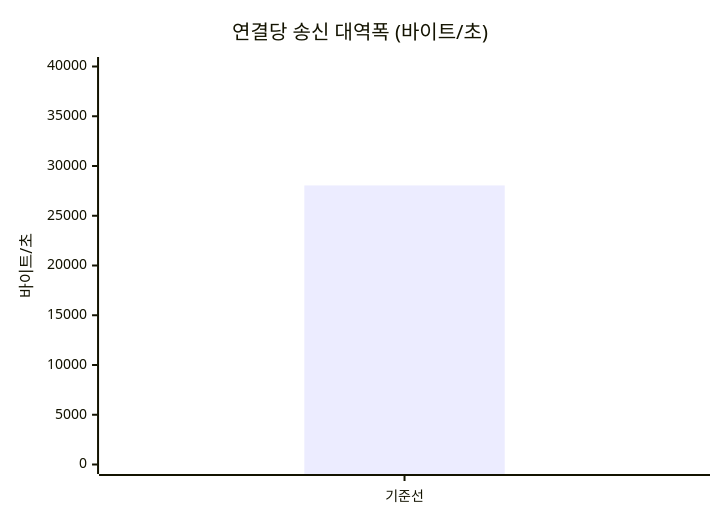
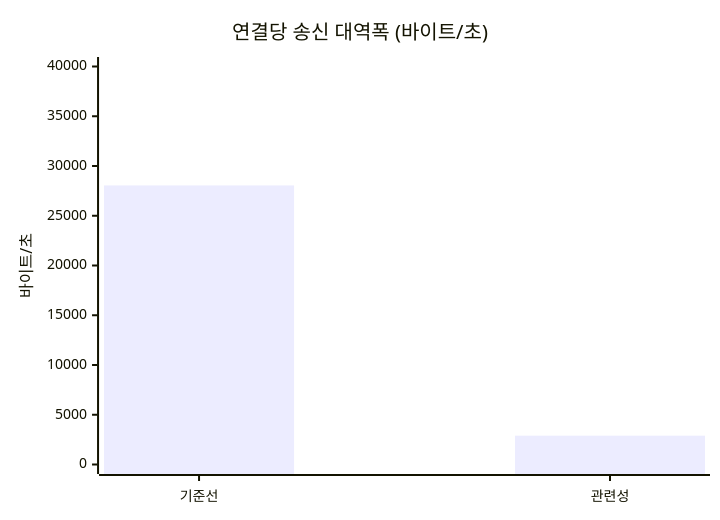
One commit to hon454/ue-dedicated-server-optimization-lab changed the fifth of 5 diagrams in README.md. Above: the diagram before and after it, drawn with Mermaid. The commit also changed other lines of this file and 9 other files, not shown here.

````diff
--- a/README.md
+++ b/README.md
@@ -118,7 +119,7 @@
 ```mermaid
 xychart-beta
     title "연결당 송신 대역폭 (바이트/초)"
-    x-axis ["기준선"]
+    x-axis ["기준선", "관련성"]
     y-axis "바이트/초" 0 --> 40000
-    bar [28048]
+    bar [28048, 2897]
 ```
````
